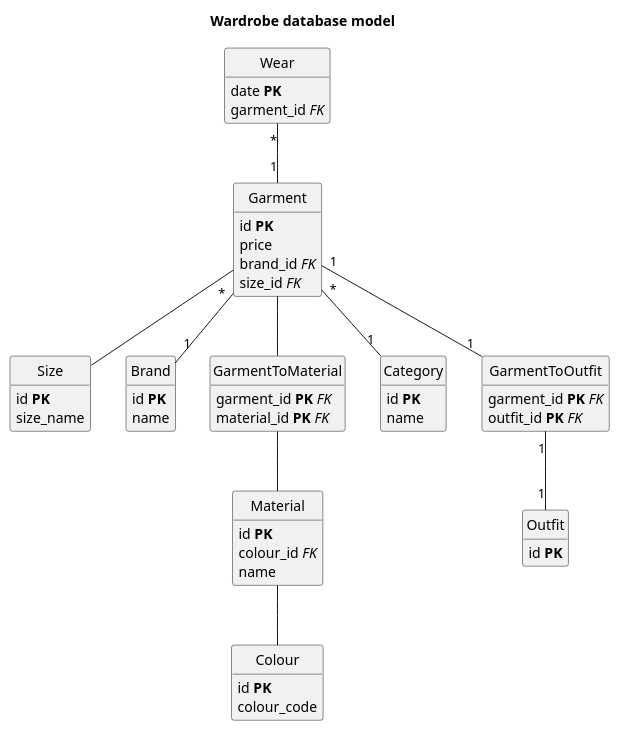
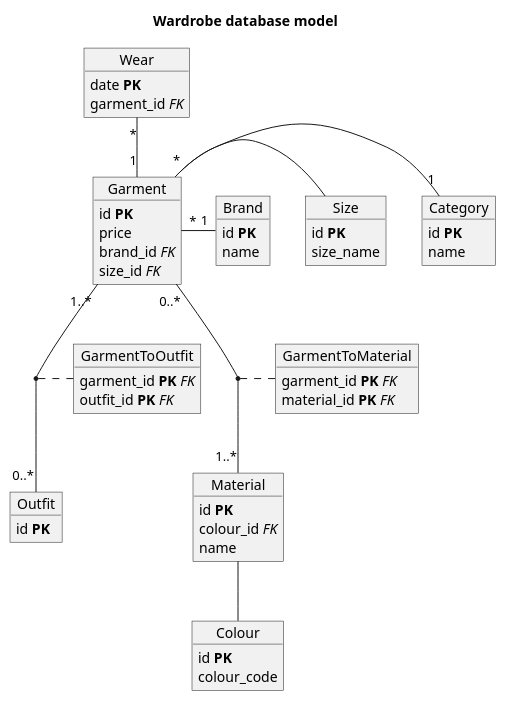
Before and after one commit to Kohort13/PG3302-Eksamen: the diagram in UML diagrams/DataModel.puml, drawn with PlantUML.

Commit message:
Updated data model

```diff
--- a/UML diagrams/DataModel.puml
+++ b/UML diagrams/DataModel.puml
@@ -1,71 +1,68 @@
 @startuml Database
 
 title Wardrobe database model
-hide circle
-hide methods
 
-class Garment{
+object Garment{
     id **PK**
     price
     brand_id //FK//
     size_id //FK//
 }
 
-class Size{
+object GarmentToMaterial{
+    garment_id **PK** //FK//
+    material_id **PK** //FK//
+}
+
+object Outfit{
+    id **PK**
+}
+
+object Category{
+    id **PK**
+    name
+}
+
+object GarmentToOutfit{
+    garment_id **PK** //FK//
+    outfit_id **PK** //FK//
+}
+
+object Size{
     id **PK**
     size_name
 }
 
-class Brand{
+object Brand{
     id **PK**
     name
 }
 
-class Material{
+object Material{
     id **PK**
     colour_id //FK//
     name
 }
 
-class GarmentToMaterial{
-    garment_id **PK** //FK//
-    material_id **PK** //FK//
-}
-
-class Outfit{
-    id **PK**
-}
-
-class Category{
-    id **PK**
-    name
-}
-
-class GarmentToOutfit{
-    garment_id **PK** //FK//
-    outfit_id **PK** //FK//
-}
-
-class Wear{
+object Wear{
     date **PK**
     garment_id //FK//
 }
 
-class Colour{
+object Colour{
     id **PK**
     colour_code
 }
 
 
-Garment "*" -- "1" Category
-Garment "1" -- "1" GarmentToOutfit
-GarmentToOutfit "1" -- "1" Outfit
-Garment -- GarmentToMaterial
-GarmentToMaterial -- Material
-Garment -- Size
-Garment "*" -- "1" Brand
+Garment "1..*" -- "0..*" Outfit
+(Garment, Outfit) .. GarmentToOutfit
+Garment "0..*" -- "1..*" Material
+(Garment, Material) .. GarmentToMaterial
+Garment "*" -right- "1" Category
+Garment -right- Size
+Garment "*" -right- "1" Brand
 Wear "*" -- "1" Garment
 Material -- Colour
 
-
 @enduml
```
